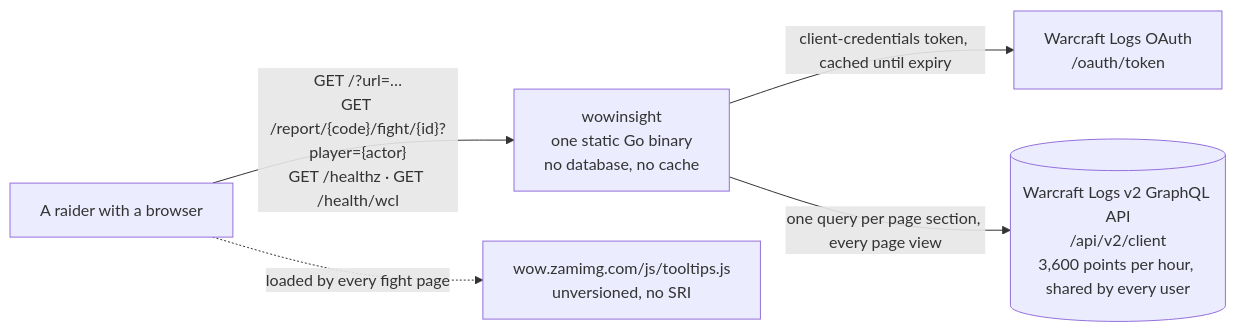
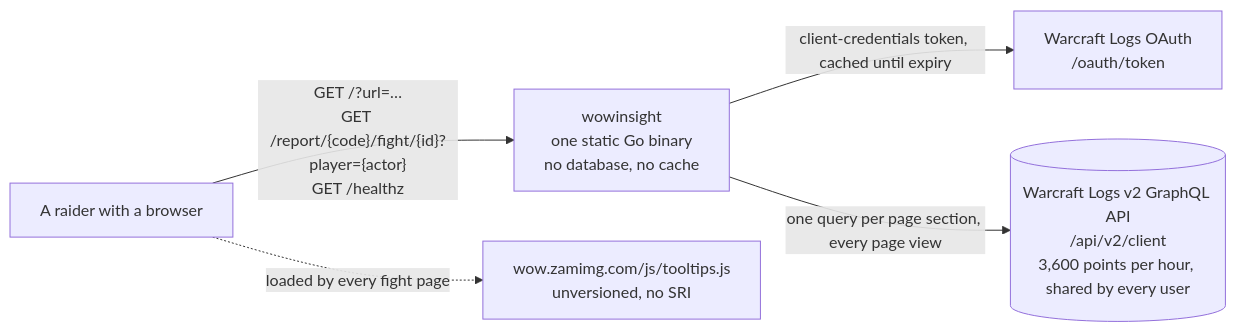
Before and after one commit to Gabriel2048/wow-insights: the first of 3 diagrams in ARCHITECTURE.md, drawn with Mermaid. The commit also changed other lines of this file and 7 other files, not shown here.

First line of the commit message:
Security headers, a request deadline, and no /health/wcl (#37)

````diff
--- a/ARCHITECTURE.md
+++ b/ARCHITECTURE.md
@@ -16,13 +16,13 @@
 ```mermaid
 flowchart LR
     user["A raider with a browser"]
     app["wowinsight<br/>one static Go binary<br/>no database, no cache"]
     oauth["Warcraft Logs OAuth<br/>/oauth/token"]
     api[("Warcraft Logs v2 GraphQL API<br/>/api/v2/client<br/>3,600 points per hour, shared by every user")]
     zam["wow.zamimg.com/js/tooltips.js<br/>unversioned, no SRI"]
 
-    user -->|"GET /?url=…<br/>GET /report/{code}/fight/{id}?player={actor}<br/>GET /healthz · GET /health/wcl"| app
+    user -->|"GET /?url=…<br/>GET /report/{code}/fight/{id}?player={actor}<br/>GET /healthz"| app
     app -->|"client-credentials token, cached until expiry"| oauth
     app -->|"one query per page section, every page view"| api
     user -.->|"loaded by every fight page"| zam
 ```
````
